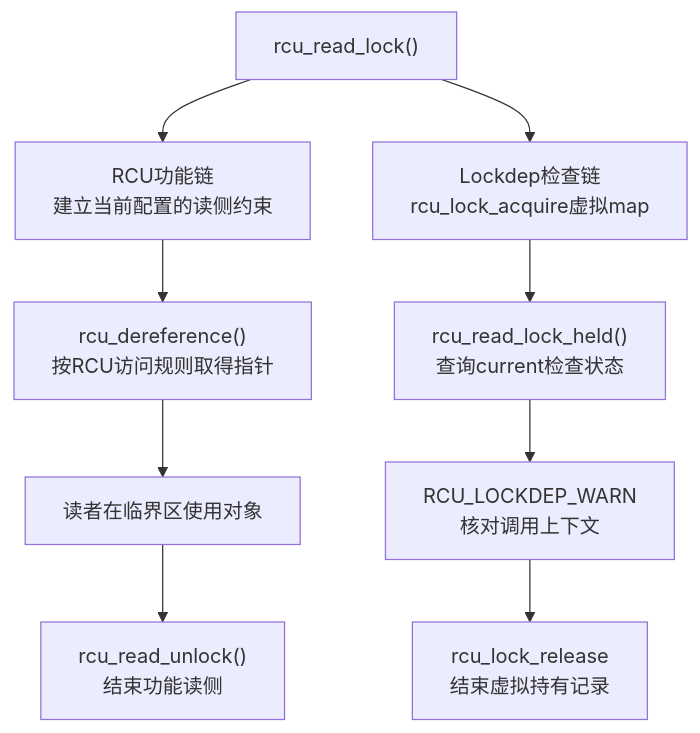
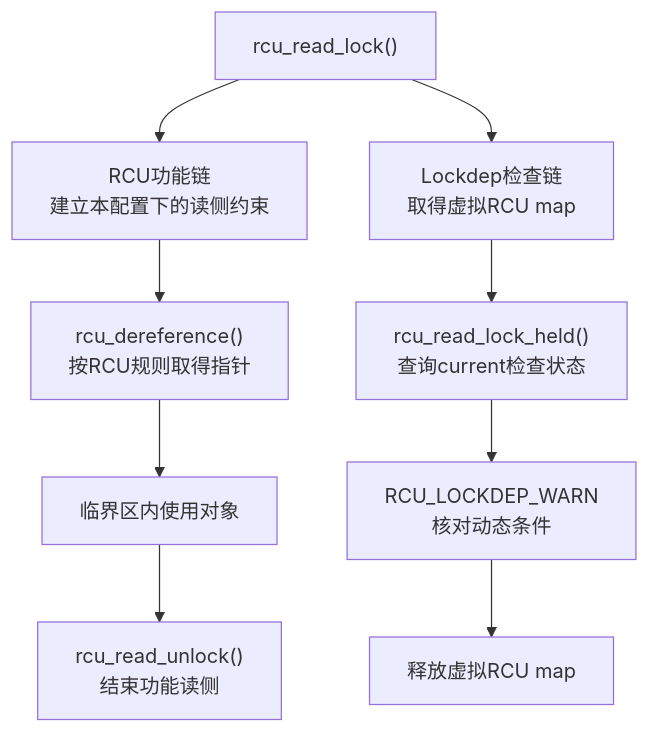
Before and after one commit to FormingSystem/linux_note: the diagram in knowledge/linux/synchronization/lockdep/P07_RCU与子系统检查适配.md, drawn with Mermaid. The commit also changed other lines of this file and 21 other files, not shown here.

````diff
--- a/knowledge/linux/synchronization/lockdep/P07_RCU与子系统检查适配.md
+++ b/knowledge/linux/synchronization/lockdep/P07_RCU与子系统检查适配.md
@@ -28,11 +28,11 @@
 ```mermaid
 flowchart TB
-    API["rcu_read_lock()"] --> F["RCU功能链<br/>建立当前配置的读侧约束"]
-    API --> C["Lockdep检查链<br/>rcu_lock_acquire虚拟map"]
-    F --> D["rcu_dereference()<br/>按RCU访问规则取得指针"]
-    C --> Q["rcu_read_lock_held()<br/>查询current检查状态"]
-    D --> U["读者在临界区使用对象"]
-    Q --> W["RCU_LOCKDEP_WARN<br/>核对调用上下文"]
-    U --> X["rcu_read_unlock()<br/>结束功能读侧"]
-    W --> Y["rcu_lock_release<br/>结束虚拟持有记录"]
+    ENTER["rcu_read_lock()"] --> FUNC["RCU功能链<br/>建立本配置下的读侧约束"]
+    ENTER --> CHECK["Lockdep检查链<br/>取得虚拟RCU map"]
+    FUNC --> DEREF["rcu_dereference()<br/>按RCU规则取得指针"]
+    CHECK --> QUERY["rcu_read_lock_held()<br/>查询current检查状态"]
+    DEREF --> USE["临界区内使用对象"]
+    QUERY --> WARN["RCU_LOCKDEP_WARN<br/>核对动态条件"]
+    USE --> EXIT["rcu_read_unlock()<br/>结束功能读侧"]
+    WARN --> RELEASE["释放虚拟RCU map"]
 ```
````
